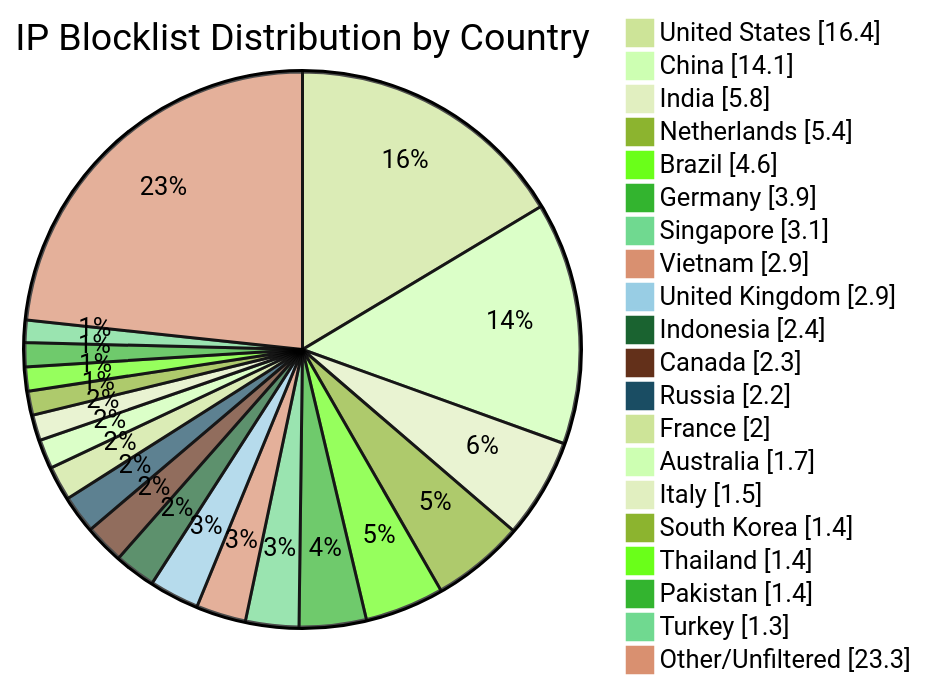
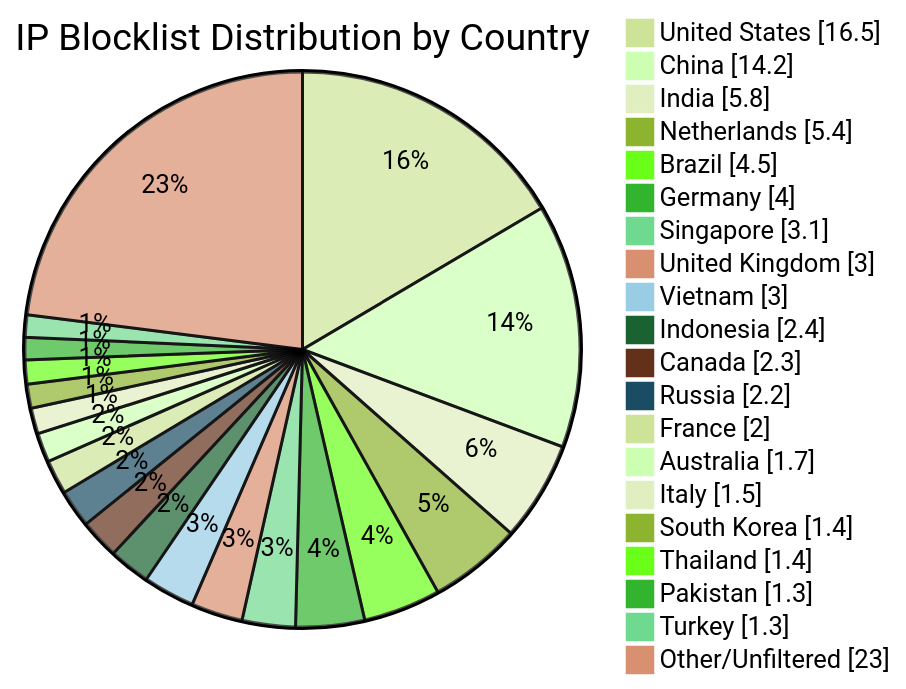
The diagram in README.md (dewdmadbro/ip-blocklist-dewd), drawn with Mermaid (forest theme) before and after one commit. The commit also changed other lines of this file and 52 other files, not shown here.

````diff
--- a/README.md
+++ b/README.md
@@ -34,23 +34,23 @@
 ```mermaid
 pie showData title IP Blocklist Distribution by Country
-"United States" : 16.4
-"China" : 14.1
+"United States" : 16.5
+"China" : 14.2
 "India" : 5.8
 "Netherlands" : 5.4
-"Brazil" : 4.6
-"Germany" : 3.9
+"Brazil" : 4.5
+"Germany" : 4.0
 "Singapore" : 3.1
-"Vietnam" : 2.9
-"United Kingdom" : 2.9
+"United Kingdom" : 3.0
+"Vietnam" : 3.0
 "Indonesia" : 2.4
 "Canada" : 2.3
 "Russia" : 2.2
 "France" : 2.0
 "Australia" : 1.7
 "Italy" : 1.5
 "South Korea" : 1.4
 "Thailand" : 1.4
-"Pakistan" : 1.4
+"Pakistan" : 1.3
 "Turkey" : 1.3
-"Other/Unfiltered" : 23.3
+"Other/Unfiltered" : 23.0
 ```
````
